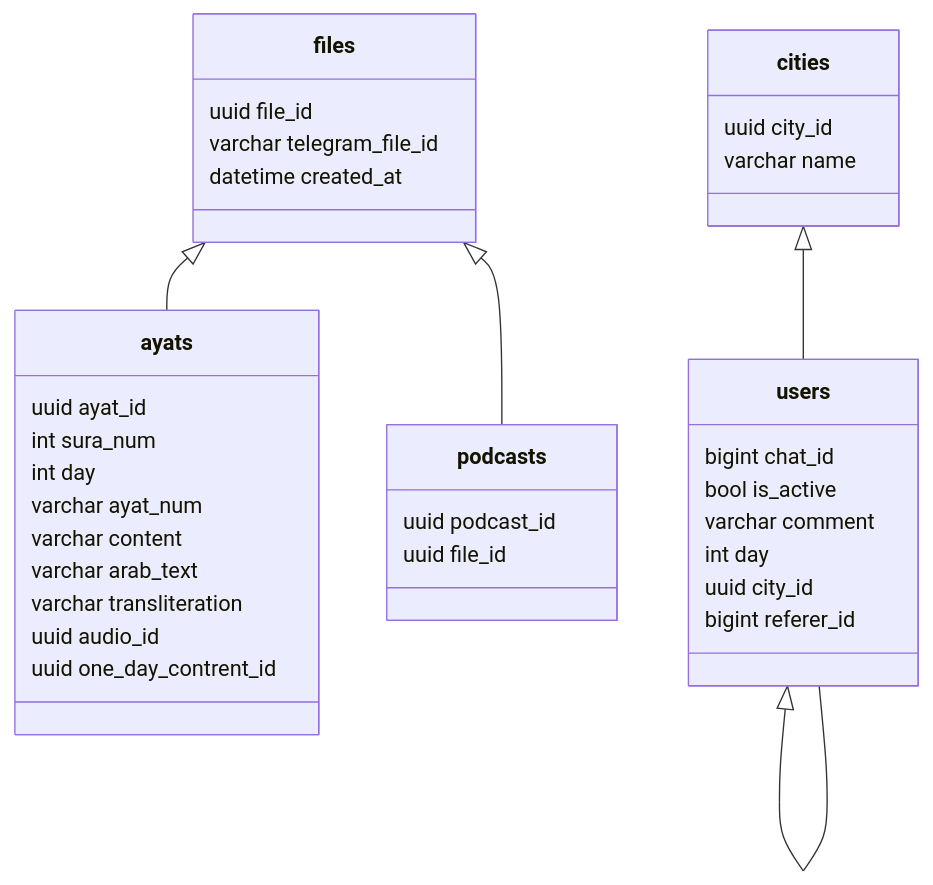
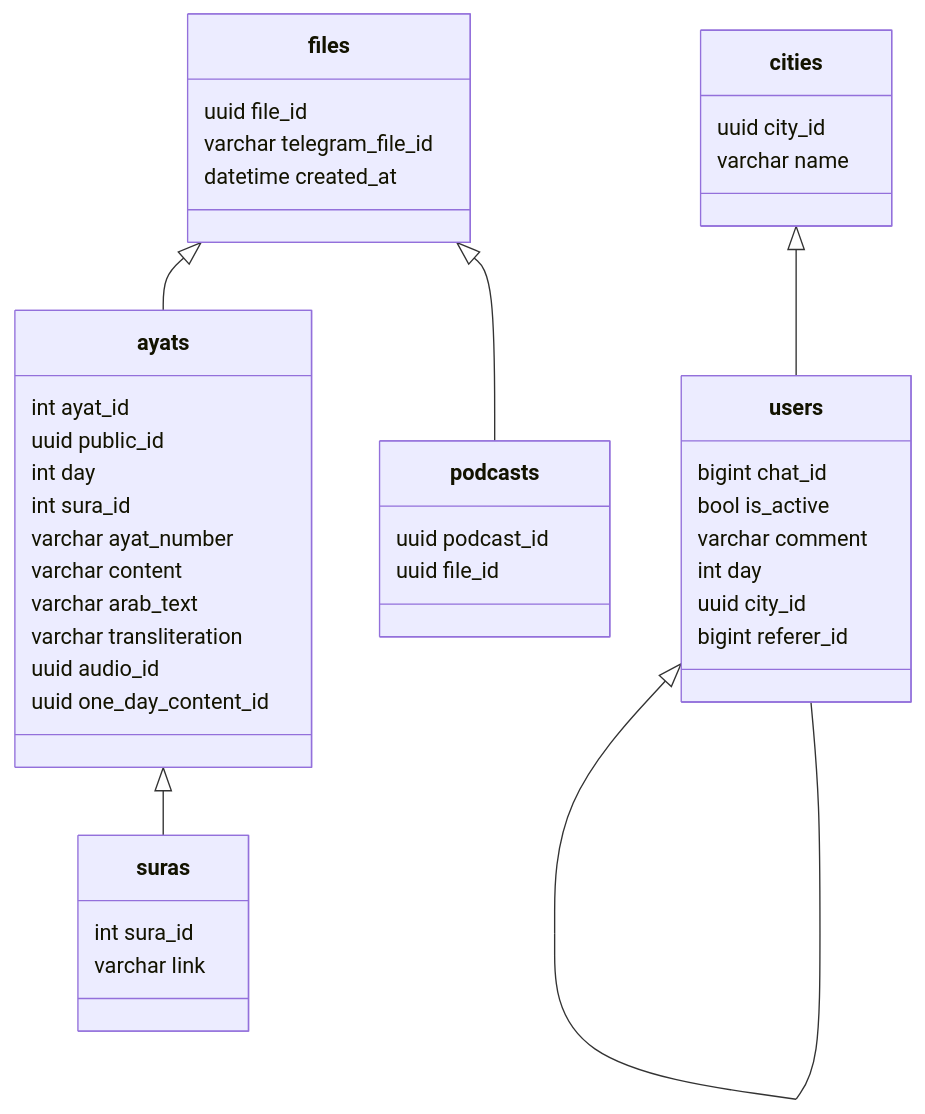
One commit to blablatdinov/tg-quranbot changed the diagram in docs/db_schema_specification.md. Above: the diagram before and after it, drawn with Mermaid. The commit also changed 16 other files, not shown here.

````diff
--- a/docs/db_schema_specification.md
+++ b/docs/db_schema_specification.md
@@ -3,39 +3,45 @@
 ```mermaid
 classDiagram
     files <|-- ayats
     files <|-- podcasts
     users <|-- users
+    ayats <|-- suras
     cities <|-- users
     class ayats{
-        uuid ayat_id
-        int sura_num
+        int ayat_id
+        uuid public_id
         int day
-        varchar ayat_num
+        int sura_id
+        varchar ayat_number
         varchar content
         varchar arab_text
         varchar transliteration
         uuid audio_id
-        uuid one_day_contrent_id
+        uuid one_day_content_id
+    }
+    class suras{
+        int sura_id
+        varchar link
     }
     class files{
         uuid file_id
         varchar telegram_file_id
         datetime created_at
     }
     class users{
         bigint chat_id
         bool is_active
         varchar comment
         int day
         uuid city_id
         bigint referer_id
     }
     class cities{
         uuid city_id
         varchar name
     }
     class podcasts{
         uuid podcast_id
         uuid file_id
     }
 ```
````
